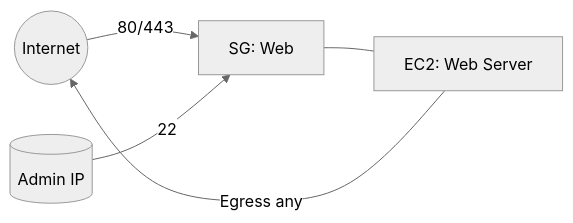
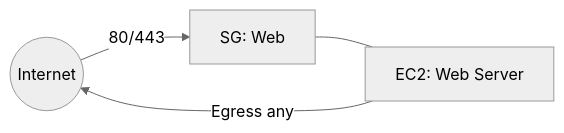
One commit to loftwah/devops-refresher changed the second of 6 diagrams in security-groups.md. Above: the diagram before and after it, drawn with Mermaid (neutral theme). The commit also changed other lines of this file, not shown here.

````diff
--- a/security-groups.md
+++ b/security-groups.md
@@ -39,7 +67,6 @@
 ```mermaid
 flowchart LR
   Internet((Internet)) -- 80/443 --> SGWeb[SG: Web]
-  AdminIP[(Admin IP)] -- 22 --> SGWeb
   SGWeb --- EC2Web[EC2: Web Server]
   EC2Web -- Egress any --> Internet
 ```
````
